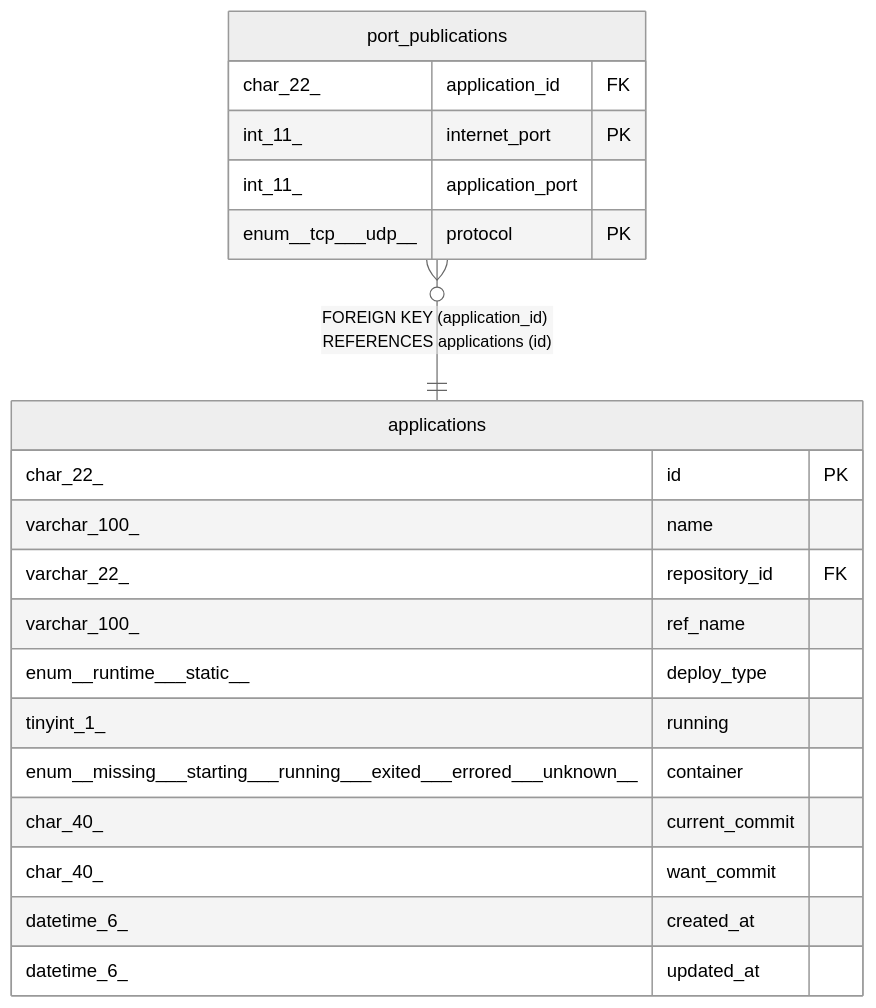
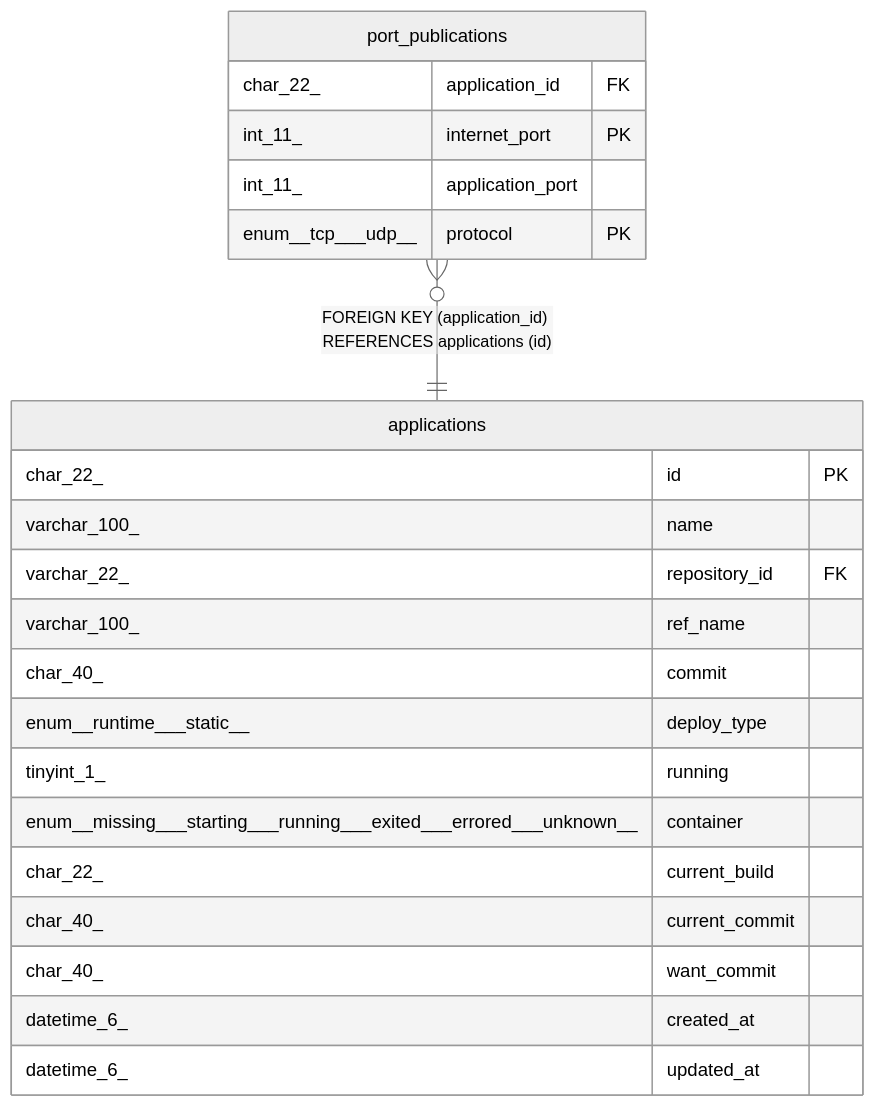
The diagram in docs/dbschema/port_publications.md (traPtitech/NeoShowcase), drawn with Mermaid (neutral theme) before and after one commit. The commit also changed 32 other files, not shown here.

````diff
--- a/docs/dbschema/port_publications.md
+++ b/docs/dbschema/port_publications.md
@@ -49,25 +49,27 @@
 ```mermaid
 erDiagram
 
 "port_publications" }o--|| "applications" : "FOREIGN KEY (application_id) REFERENCES applications (id)"
 
 "port_publications" {
   char_22_ application_id FK
   int_11_ internet_port PK
   int_11_ application_port
   enum__tcp___udp__ protocol PK
 }
 "applications" {
   char_22_ id PK
   varchar_100_ name
   varchar_22_ repository_id FK
   varchar_100_ ref_name
+  char_40_ commit
   enum__runtime___static__ deploy_type
   tinyint_1_ running
   enum__missing___starting___running___exited___errored___unknown__ container
+  char_22_ current_build
   char_40_ current_commit
   char_40_ want_commit
   datetime_6_ created_at
   datetime_6_ updated_at
 }
 ```
````
